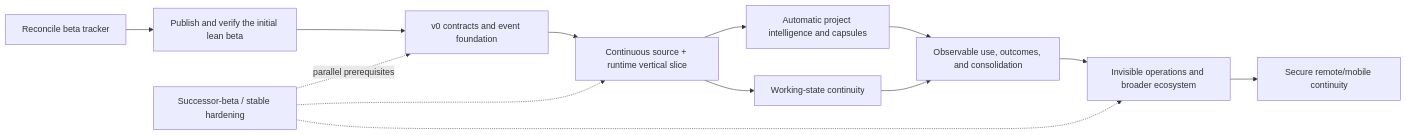
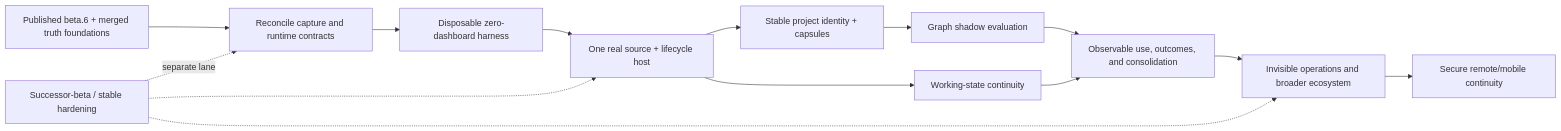
The diagram in docs/product/ZERO_FRICTION_EXECUTION_PLAN.md (Martian-ux/All-The-Context), drawn with Mermaid before and after one commit. The commit also changed other lines of this file and 5 other files, not shown here.

Commit message:
docs: reconcile zero-friction execution plan

````diff
--- a/docs/product/ZERO_FRICTION_EXECUTION_PLAN.md
+++ b/docs/product/ZERO_FRICTION_EXECUTION_PLAN.md
@@ -78,16 +84,17 @@
 ```mermaid
 flowchart LR
-  T["Reconcile beta tracker"] --> V1["Publish and verify the initial lean beta"]
-  V1 --> F["v0 contracts and event foundation"]
-  F --> S["Continuous source + runtime vertical slice"]
-  S --> P["Automatic project intelligence and capsules"]
+  B["Published beta.6 + merged truth foundations"] --> C["Reconcile capture and runtime contracts"]
+  C --> H["Disposable zero-dashboard harness"]
+  H --> S["One real source + lifecycle host"]
+  S --> P["Stable project identity + capsules"]
   S --> W["Working-state continuity"]
-  P --> O["Observable use, outcomes, and consolidation"]
+  P --> G["Graph shadow evaluation"]
+  G --> O["Observable use, outcomes, and consolidation"]
   W --> O
   O --> M["Invisible operations and broader ecosystem"]
   M --> R["Secure remote/mobile continuity"]
 
-  H["Successor-beta / stable hardening"] -. "parallel prerequisites" .-> F
-  H -.-> S
-  H -.-> M
+  X["Successor-beta / stable hardening"] -. "separate lane" .-> C
+  X -.-> S
+  X -.-> M
 ```
````
